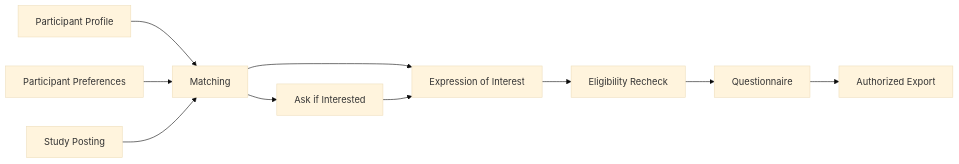
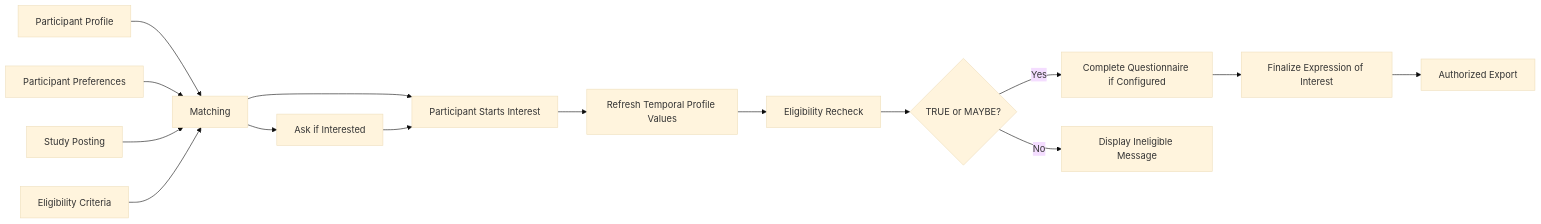
The diagram in docs/06-recruitment/index.md (umich-michr/yhr-context), drawn with Mermaid (base theme) before and after one commit. The commit also changed other lines of this file and 59 other files, not shown here.

````diff
--- a/docs/06-recruitment/index.md
+++ b/docs/06-recruitment/index.md
@@ -23,22 +26,36 @@
 ```mermaid
 flowchart LR
     PROFILE[Participant Profile]
     PREF[Participant Preferences]
     STUDY[Study Posting]
+    CRITERIA[Eligibility Criteria]
     MATCH[Matching]
     PROMPT[Ask if Interested]
-    INTEREST[Expression of Interest]
+    START[Participant Starts Interest]
+    TEMPORAL[Refresh Temporal Profile Values]
     RECHECK[Eligibility Recheck]
-    QUESTION[Questionnaire]
+    ELIGIBLE{TRUE or MAYBE?}
+    QUESTION[Complete Questionnaire if Configured]
+    INTEREST[Finalize Expression of Interest]
     EXPORT[Authorized Export]
+    REJECT[Display Ineligible Message]
 
     PROFILE --> MATCH
     PREF --> MATCH
     STUDY --> MATCH
+    CRITERIA --> MATCH
+
     MATCH --> PROMPT
-    MATCH --> INTEREST
-    PROMPT --> INTEREST
-    INTEREST --> RECHECK
-    RECHECK --> QUESTION
-    QUESTION --> EXPORT
+    MATCH --> START
+    PROMPT --> START
+
+    START --> TEMPORAL
+    TEMPORAL --> RECHECK
+    RECHECK --> ELIGIBLE
+
+    ELIGIBLE -- Yes --> QUESTION
+    QUESTION --> INTEREST
+    INTEREST --> EXPORT
+
+    ELIGIBLE -- No --> REJECT
 ```
````
